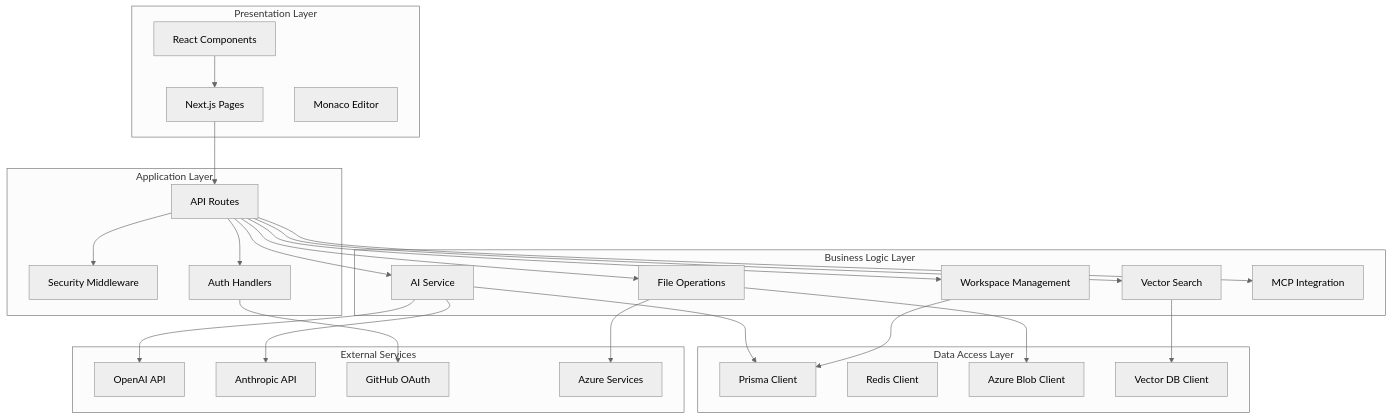
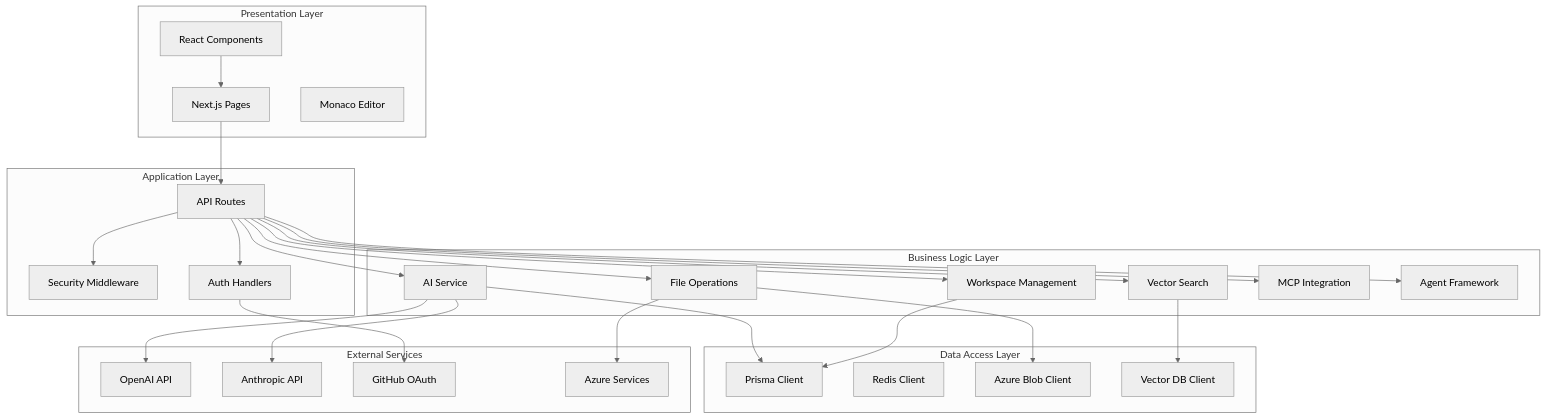
Before and after one commit to ryanmaclean/vibecode-webgui: the second of 14 diagrams in ARCHITECTURE.md, drawn with Mermaid (neutral theme). The commit also changed other lines of this file and 35 other files, not shown here.

````diff
--- a/ARCHITECTURE.md
+++ b/ARCHITECTURE.md
@@ -160,56 +160,58 @@
 ```mermaid
 graph TB
     subgraph "Presentation Layer"
         UI[React Components]
         Pages[Next.js Pages]
         Monaco[Monaco Editor]
     end
 
     subgraph "Application Layer"
         Routes[API Routes]
         Middleware[Security Middleware]
         Auth[Auth Handlers]
     end
 
     subgraph "Business Logic Layer"
         AIService[AI Service]
         VectorService[Vector Search]
         WorkspaceService[Workspace Management]
         FileService[File Operations]
         MCPService[MCP Integration]
+        AgentFramework[Agent Framework]
     end
 
     subgraph "Data Access Layer"
         PrismaClient[Prisma Client]
         RedisClient[Redis Client]
         BlobClient[Azure Blob Client]
         VectorDB[Vector DB Client]
     end
 
     subgraph "External Services"
         OpenAI[OpenAI API]
         Anthropic[Anthropic API]
         GitHub[GitHub OAuth]
         Azure[Azure Services]
     end
 
     UI --> Pages
     Pages --> Routes
     Routes --> Middleware
     Routes --> Auth
     Routes --> AIService
     Routes --> VectorService
     Routes --> WorkspaceService
     Routes --> FileService
     Routes --> MCPService
+    Routes --> AgentFramework
 
     AIService --> PrismaClient
     VectorService --> VectorDB
     WorkspaceService --> PrismaClient
     FileService --> BlobClient
 
     AIService --> OpenAI
     AIService --> Anthropic
     Auth --> GitHub
     FileService --> Azure
 ```
````
